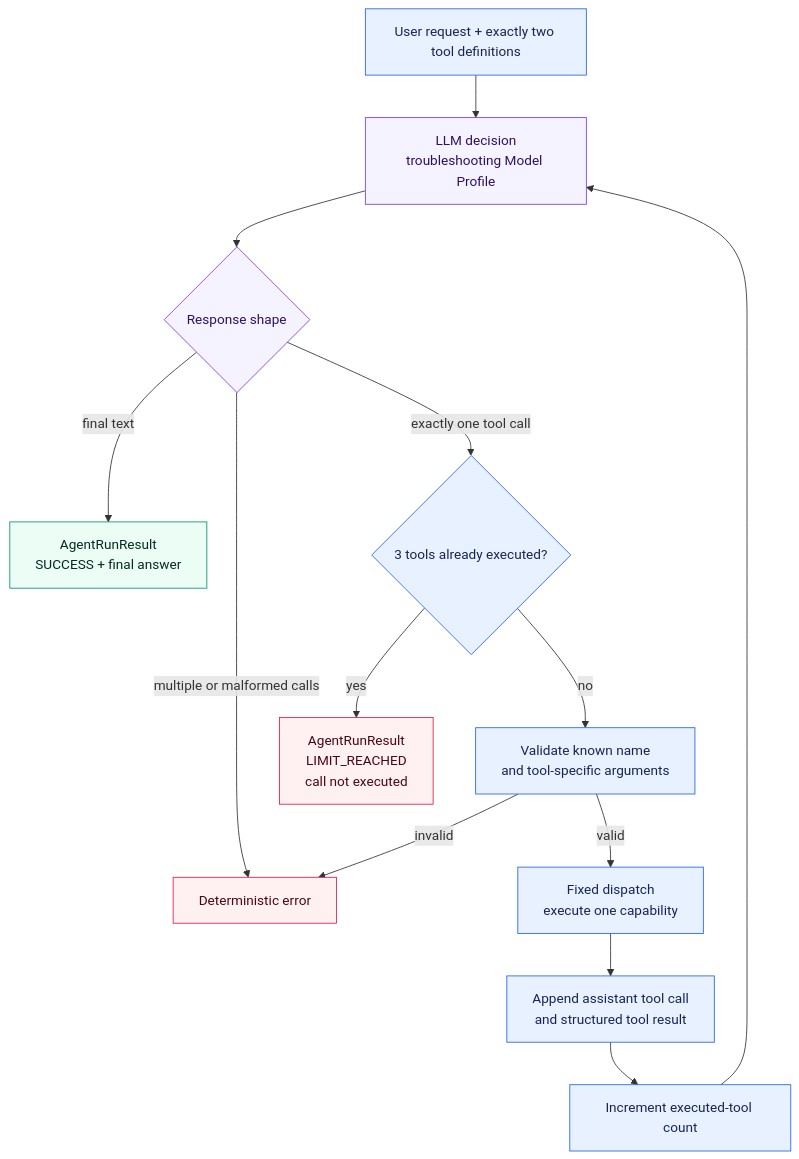
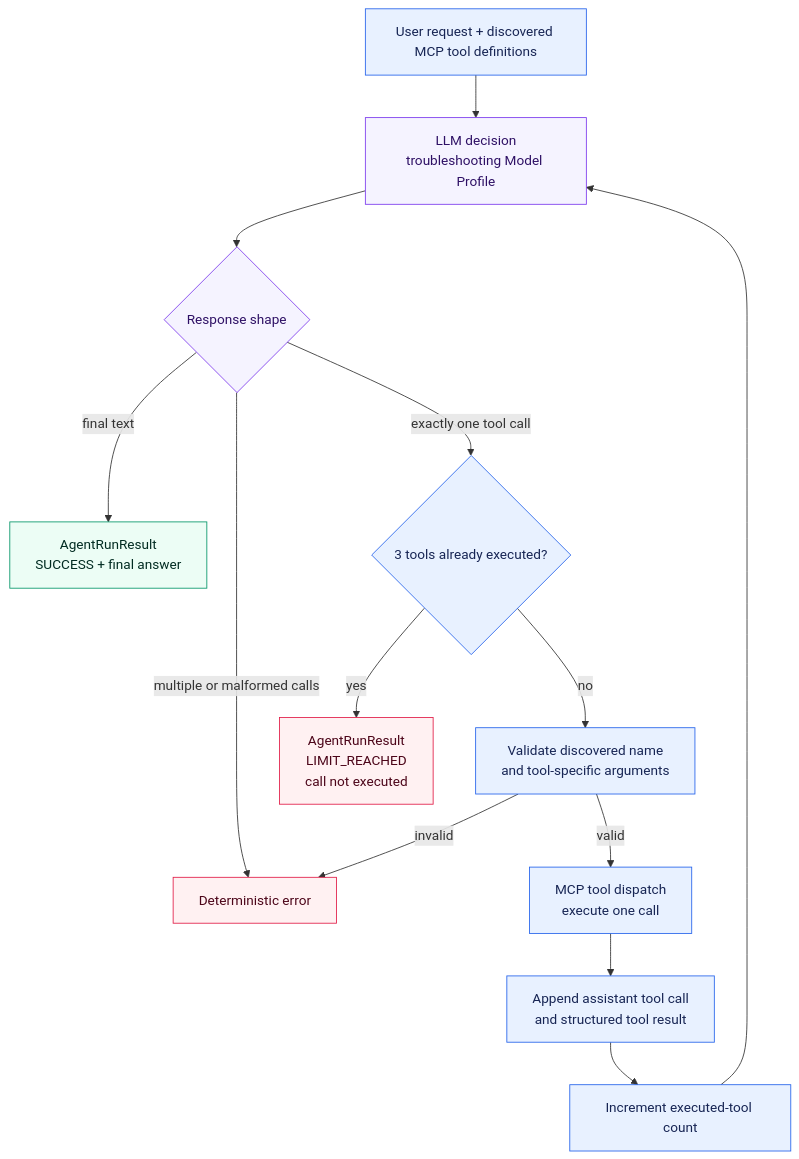
Before and after one commit to aboerzel/industrial-ai-agent: the fourth of 11 diagrams in docs/architecture/overview.md, drawn with Mermaid. The commit also changed other lines of this file and 30 other files, not shown here.

````diff
--- a/docs/architecture/overview.md
+++ b/docs/architecture/overview.md
@@ -265,24 +263,24 @@
 ```mermaid
 flowchart TD
-    Start["User request + exactly two tool definitions"] --> Decide["LLM decision<br/>troubleshooting Model Profile"]
+    Start["User request + discovered MCP tool definitions"] --> Decide["LLM decision<br/>troubleshooting Model Profile"]
     Decide --> Shape{"Response shape"}
     Shape -->|"final text"| Success["AgentRunResult<br/>SUCCESS + final answer"]
     Shape -->|"multiple or malformed calls"| Invalid["Deterministic error"]
     Shape -->|"exactly one tool call"| Budget{"3 tools already executed?"}
     Budget -->|"yes"| Limit["AgentRunResult<br/>LIMIT_REACHED<br/>call not executed"]
-    Budget -->|"no"| Validate["Validate known name<br/>and tool-specific arguments"]
+    Budget -->|"no"| Validate["Validate discovered name<br/>and tool-specific arguments"]
     Validate -->|"invalid"| Invalid
-    Validate -->|"valid"| Dispatch["Fixed dispatch<br/>execute one capability"]
+    Validate -->|"valid"| Dispatch["MCP tool dispatch<br/>execute one call"]
     Dispatch --> Observe["Append assistant tool call<br/>and structured tool result"]
     Observe --> Count["Increment executed-tool count"]
     Count --> Decide
 
     classDef llm fill:#f5f3ff,stroke:#7c3aed,color:#2e1065
     classDef deterministic fill:#e8f1ff,stroke:#2563eb,color:#172554
     classDef success fill:#ecfdf5,stroke:#059669,color:#022c22
     classDef failure fill:#fff1f2,stroke:#e11d48,color:#4c0519
     class Decide,Shape llm
     class Start,Budget,Validate,Dispatch,Observe,Count deterministic
     class Success success
     class Invalid,Limit failure
 ```
````
